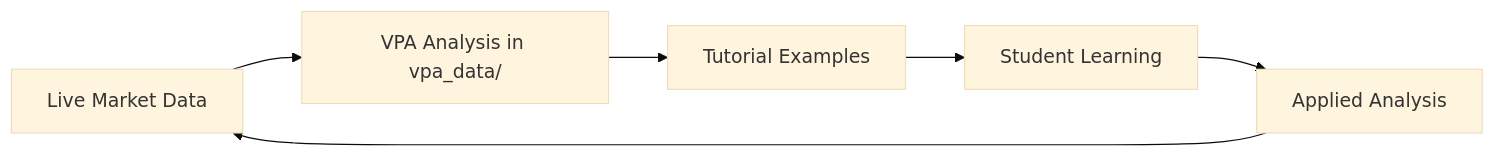
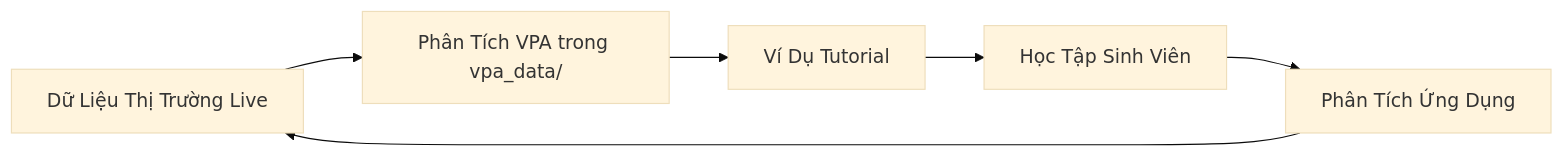
The diagram in docs/README.md (quanhua92/aipriceaction-old), drawn with Mermaid (base theme) before and after one commit. The commit also changed other lines of this file and 2 other files, not shown here.

````diff
--- a/docs/README.md
+++ b/docs/README.md
@@ -635,8 +184,8 @@
 ```mermaid
 graph LR
-    A[Live Market Data] --> B[VPA Analysis in vpa_data/]
-    B --> C[Tutorial Examples]
-    C --> D[Student Learning]
-    D --> E[Applied Analysis]
+    A[Dữ Liệu Thị Trường Live] --> B[Phân Tích VPA trong vpa_data/]
+    B --> C[Ví Dụ Tutorial]
+    C --> D[Học Tập Sinh Viên]
+    D --> E[Phân Tích Ứng Dụng]
     E --> A
 ```
````
